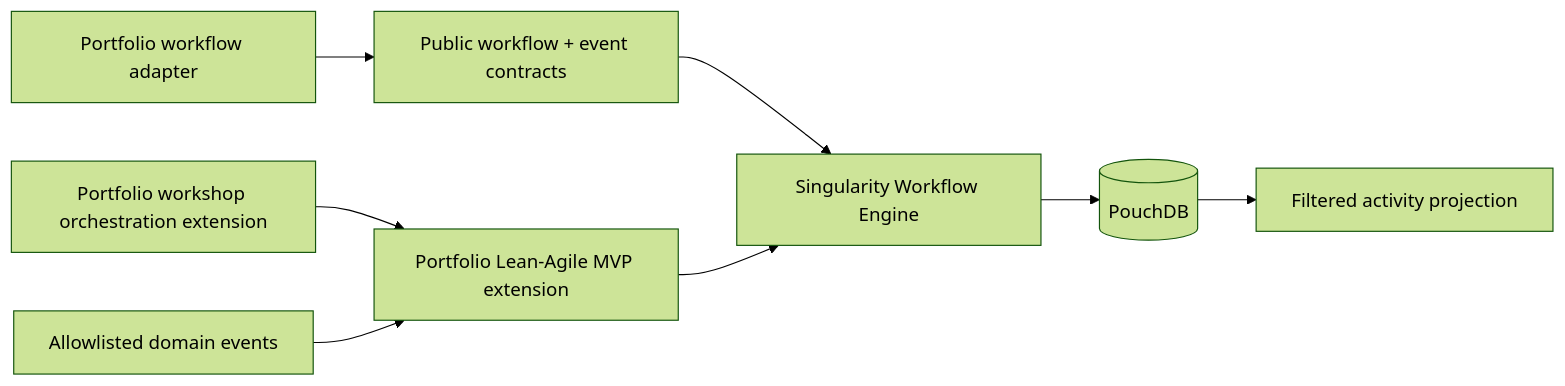
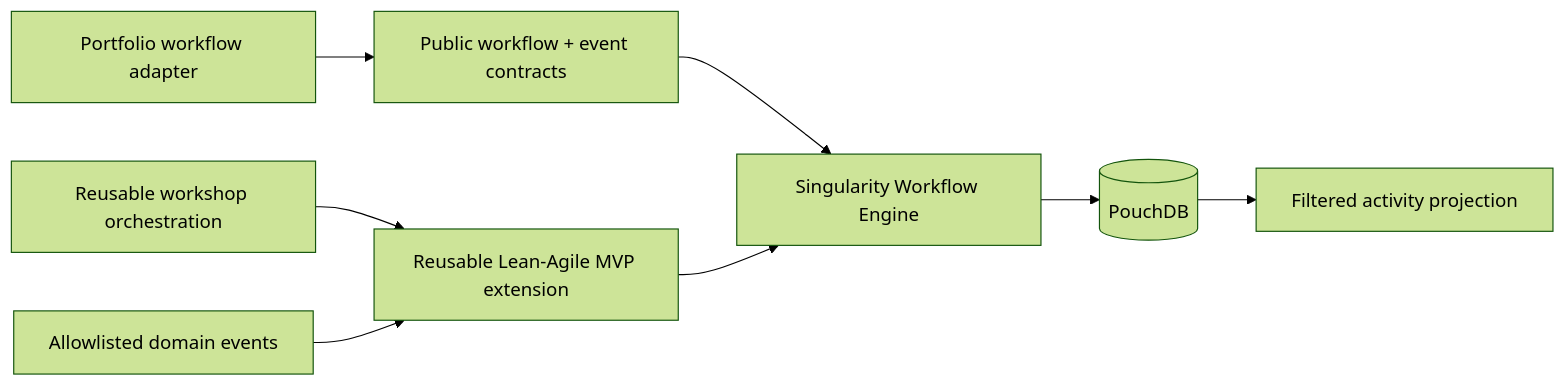
Before and after one commit to dave-jackson-dev/portfolio: the diagram in docs/planning/features/workflow-engine-lean-agile-mvp-foundation.feature.md, drawn with Mermaid (forest theme). The commit also changed other lines of this file and 26 other files, not shown here.

````diff
--- a/docs/planning/features/workflow-engine-lean-agile-mvp-foundation.feature.md
+++ b/docs/planning/features/workflow-engine-lean-agile-mvp-foundation.feature.md
@@ -39,19 +44,19 @@
 ```mermaid
 flowchart LR
     Portfolio[Portfolio workflow adapter]
     Contract[Public workflow + event contracts]
     Engine[Singularity Workflow Engine]
-    Extension[Portfolio Lean-Agile MVP extension]
-    Workshops[Portfolio workshop orchestration extension]
+    Extension[Reusable Lean-Agile MVP extension]
+    Workshops[Reusable workshop orchestration]
     Store[(PouchDB)]
     Events[Allowlisted domain events]
     Feed[Filtered activity projection]
 
     Portfolio --> Contract
     Contract --> Engine
     Extension --> Engine
     Workshops --> Extension
     Events --> Extension
     Engine --> Store
     Store --> Feed
 ```
````
